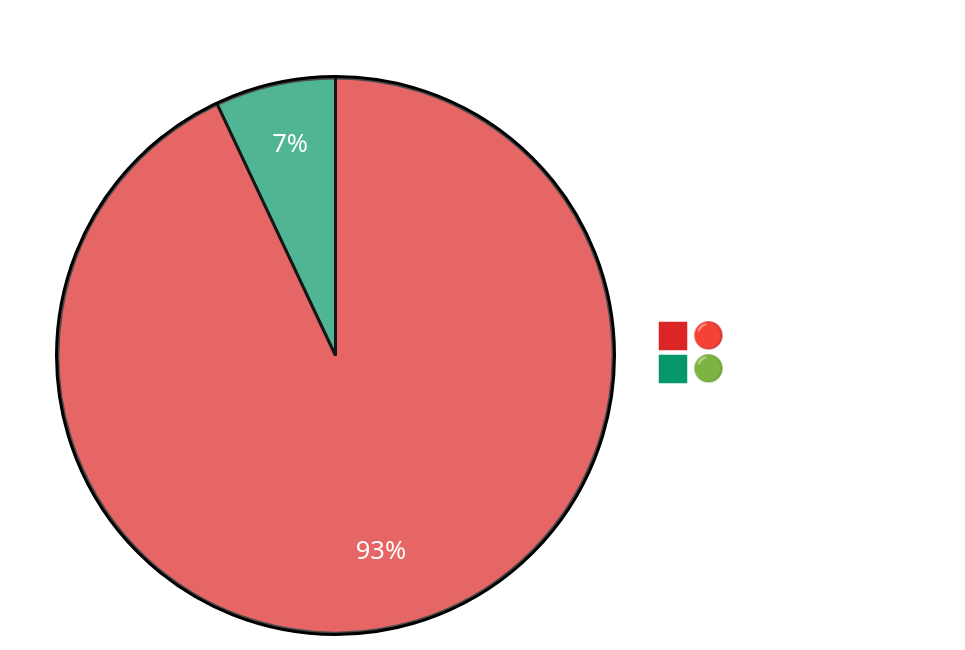
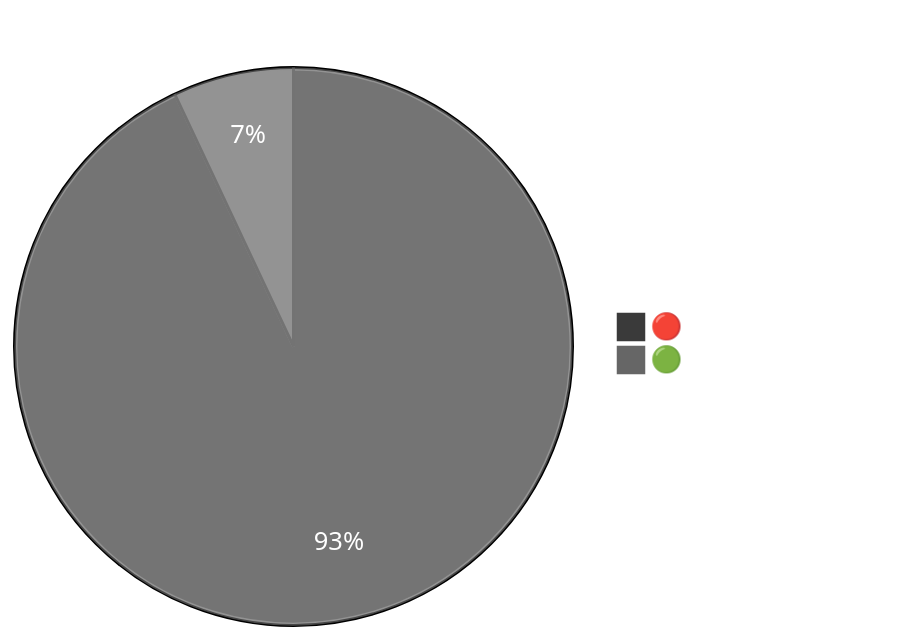
Before and after one commit to mbhatt1/agentic_lpci_framework: the first of 5 diagrams in lpci_output/lpci_test_report_20250715_220148.md, drawn with Mermaid. The commit also changed other lines of this file and 2 other files, not shown here.

Commit message:
Add gpt results

````diff
--- a/lpci_output/lpci_test_report_20250715_220148.md
+++ b/lpci_output/lpci_test_report_20250715_220148.md
@@ -24,19 +24,23 @@
 ```mermaid
 %%{init: {
   'theme': 'base',
   'themeVariables': {
-    'primaryColor': '#1f2937',
-    'primaryTextColor': '#fff',
-    'primaryBorderColor': '#60a5fa',
-    'lineColor': '#60a5fa',
-    'pie1': '#dc2626',
-    'pie2': '#059669',
-    'pieOuterLabelColor': '#fff',
-    'pieLegendTextColor': '#fff',
-    'pieSectionTextColor': '#fff'
+    'primaryColor': '#000000',
+    'primaryTextColor': '#ffffff',
+    'primaryBorderColor': '#666666',
+    'lineColor': '#999999',
+    'pie1': '#3a3a3a',
+    'pie2': '#666666',
+    'pieOuterLabelColor': '#ffffff',
+    'pieLegendTextColor': '#ffffff',
+    'pieSectionTextColor': '#ffffff',
+    'pieStrokeColor': '#666666',
+    'pieStrokeWidth': '2px',
+    'pieTitleTextSize': '20px',
+    'pieTitleTextColor': '#ffffff'
   }
 }}%%
 pie title "Overall Attack Success Distribution"
     "🔴 Successful Attacks" : 372
     "🟢 Failed Attacks" : 28
 ```
````
